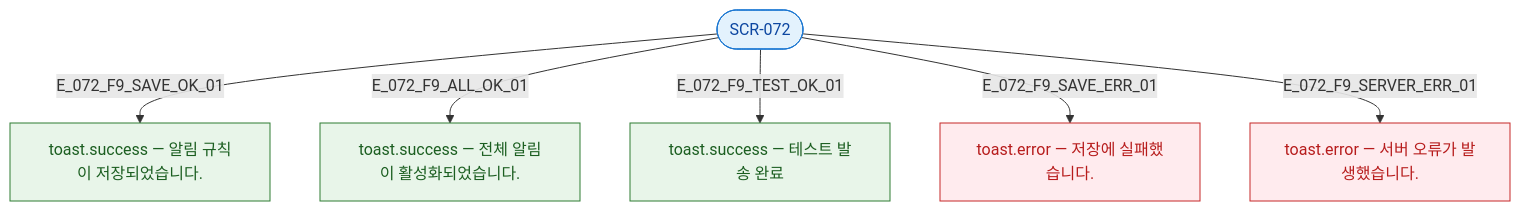
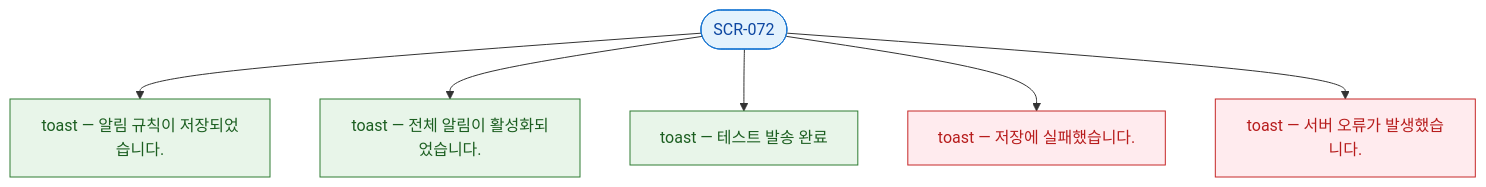
The diagram in docs/다이어그램/D08_마케팅/SCR-072_자동알림설정/F9_토스트피드백.md (dev-spogym/admin-pando), drawn with Mermaid before and after one commit. The commit also changed other lines of this file and 1660 other files, not shown here.

First line of the commit message:
다이어그램: 기획자/클라이언트 납품본으로 정리

````diff
--- a/docs/다이어그램/D08_마케팅/SCR-072_자동알림설정/F9_토스트피드백.md
+++ b/docs/다이어그램/D08_마케팅/SCR-072_자동알림설정/F9_토스트피드백.md
@@ -14,17 +12,17 @@
 ```mermaid
 flowchart TD
   SCR_072([SCR-072])
-  SCR_072 -->|E_072_F9_SAVE_OK_01| T1[toast.success — 알림 규칙이 저장되었습니다.]
-  SCR_072 -->|E_072_F9_ALL_OK_01| T2[toast.success — 전체 알림이 활성화되었습니다.]
-  SCR_072 -->|E_072_F9_TEST_OK_01| T3[toast.success — 테스트 발송 완료]
-  SCR_072 -->|E_072_F9_SAVE_ERR_01| T4[toast.error — 저장에 실패했습니다.]
-  SCR_072 -->|E_072_F9_SERVER_ERR_01| T5[toast.error — 서버 오류가 발생했습니다.]
+  SCR_072 --> T1[toast — 알림 규칙이 저장되었습니다.]
+  SCR_072 --> T2[toast — 전체 알림이 활성화되었습니다.]
+  SCR_072 --> T3[toast — 테스트 발송 완료]
+  SCR_072 --> T4[toast — 저장에 실패했습니다.]
+  SCR_072 --> T5[toast — 서버 오류가 발생했습니다.]
 
-  classDef screen  fill:#E3F2FD,stroke:#1976D2,color:#0D47A1
+  classDef screen fill:#E3F2FD,stroke:#1976D2,color:#0D47A1
   classDef success fill:#E8F5E9,stroke:#2E7D32,color:#1B5E20
-  classDef error   fill:#FFEBEE,stroke:#C62828,color:#B71C1C
+  classDef error fill:#FFEBEE,stroke:#C62828,color:#B71C1C
 
   class SCR_072 screen
   class T1,T2,T3 success
   class T4,T5 error
 ```
````
